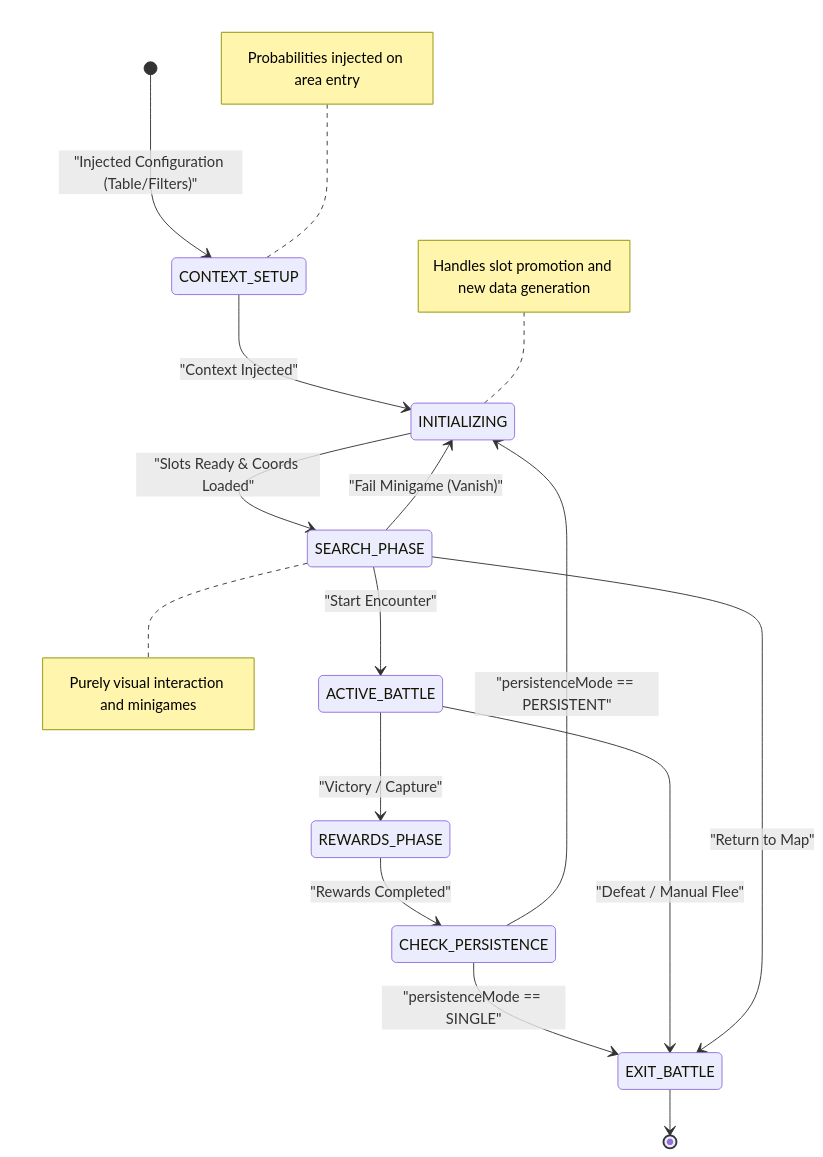
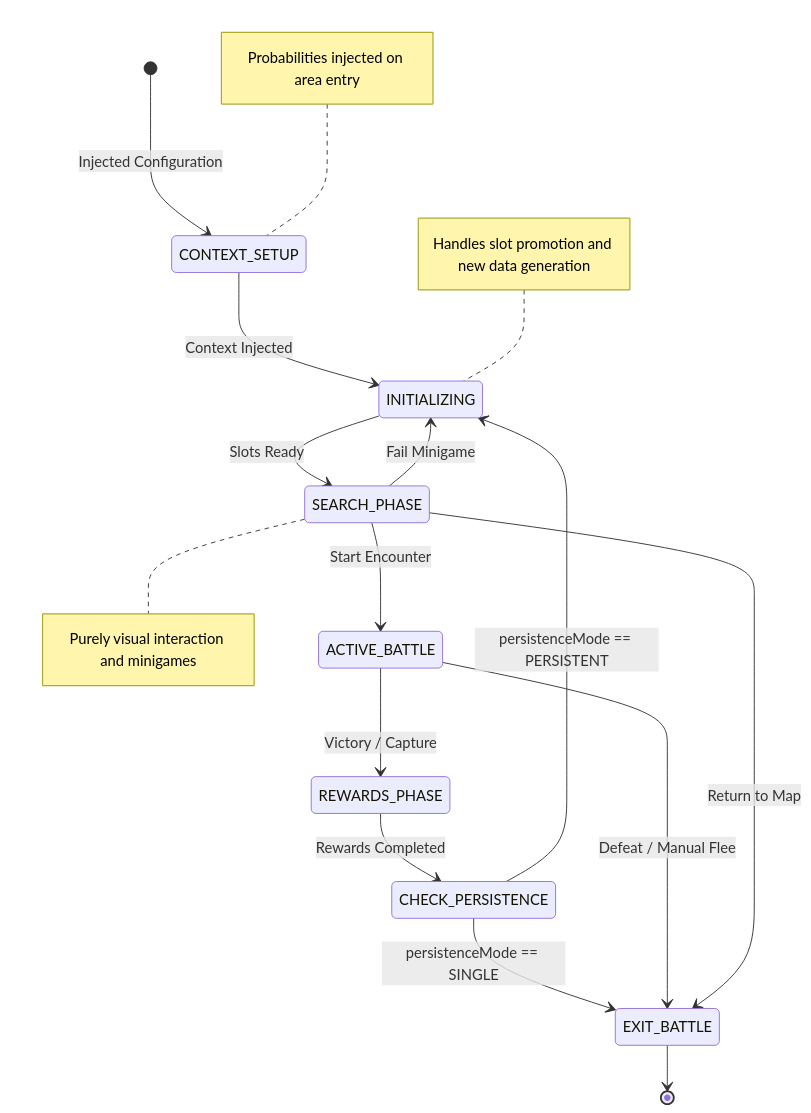
Before and after one commit to Darkham77/PokeBorrador: the second of 18 diagrams in .agents/skills/project-standards/references/battle/battle_mechanics_manual.md, drawn with Mermaid. The commit also changed other lines of this file and 43 other files, not shown here.

First line of the commit message:
feat: stabilize battle initialization, search loop logic and faint animations

````diff
--- a/.agents/skills/project-standards/references/battle/battle_mechanics_manual.md
+++ b/.agents/skills/project-standards/references/battle/battle_mechanics_manual.md
@@ -360,26 +390,26 @@
 ```mermaid
 stateDiagram-v2
-    [*] --> CONTEXT_SETUP: "Injected Configuration (Table/Filters)"
-    CONTEXT_SETUP --> INITIALIZING: "Context Injected"
+    [*] --> CONTEXT_SETUP : Injected Configuration
+    CONTEXT_SETUP --> INITIALIZING : Context Injected
     
-    INITIALIZING --> SEARCH_PHASE: "Slots Ready & Coords Loaded"
+    INITIALIZING --> SEARCH_PHASE : Slots Ready
     
-    REWARDS_PHASE --> CHECK_PERSISTENCE: "Rewards Completed"
+    REWARDS_PHASE --> CHECK_PERSISTENCE : Rewards Completed
     
     state CHECK_PERSISTENCE <<choice>>
-    CHECK_PERSISTENCE --> INITIALIZING: "persistenceMode == PERSISTENT"
-    CHECK_PERSISTENCE --> EXIT_BATTLE: "persistenceMode == SINGLE"
+    CHECK_PERSISTENCE --> INITIALIZING : persistenceMode == PERSISTENT
+    CHECK_PERSISTENCE --> EXIT_BATTLE : persistenceMode == SINGLE
     
-    ACTIVE_BATTLE --> EXIT_BATTLE: "Defeat / Manual Flee"
-    ACTIVE_BATTLE --> REWARDS_PHASE: "Victory / Capture"
+    ACTIVE_BATTLE --> EXIT_BATTLE : Defeat / Manual Flee
+    ACTIVE_BATTLE --> REWARDS_PHASE : Victory / Capture
     
-    SEARCH_PHASE --> ACTIVE_BATTLE: "Start Encounter"
-    SEARCH_PHASE --> EXIT_BATTLE: "Return to Map"
-    SEARCH_PHASE --> INITIALIZING: "Fail Minigame (Vanish)"
+    SEARCH_PHASE --> ACTIVE_BATTLE : Start Encounter
+    SEARCH_PHASE --> EXIT_BATTLE : Return to Map
+    SEARCH_PHASE --> INITIALIZING : Fail Minigame
     
     EXIT_BATTLE --> [*]
     
     note left of CONTEXT_SETUP: Probabilities injected on area entry
     note left of INITIALIZING: Handles slot promotion and new data generation
     note right of SEARCH_PHASE: Purely visual interaction and minigames
 ```
````
